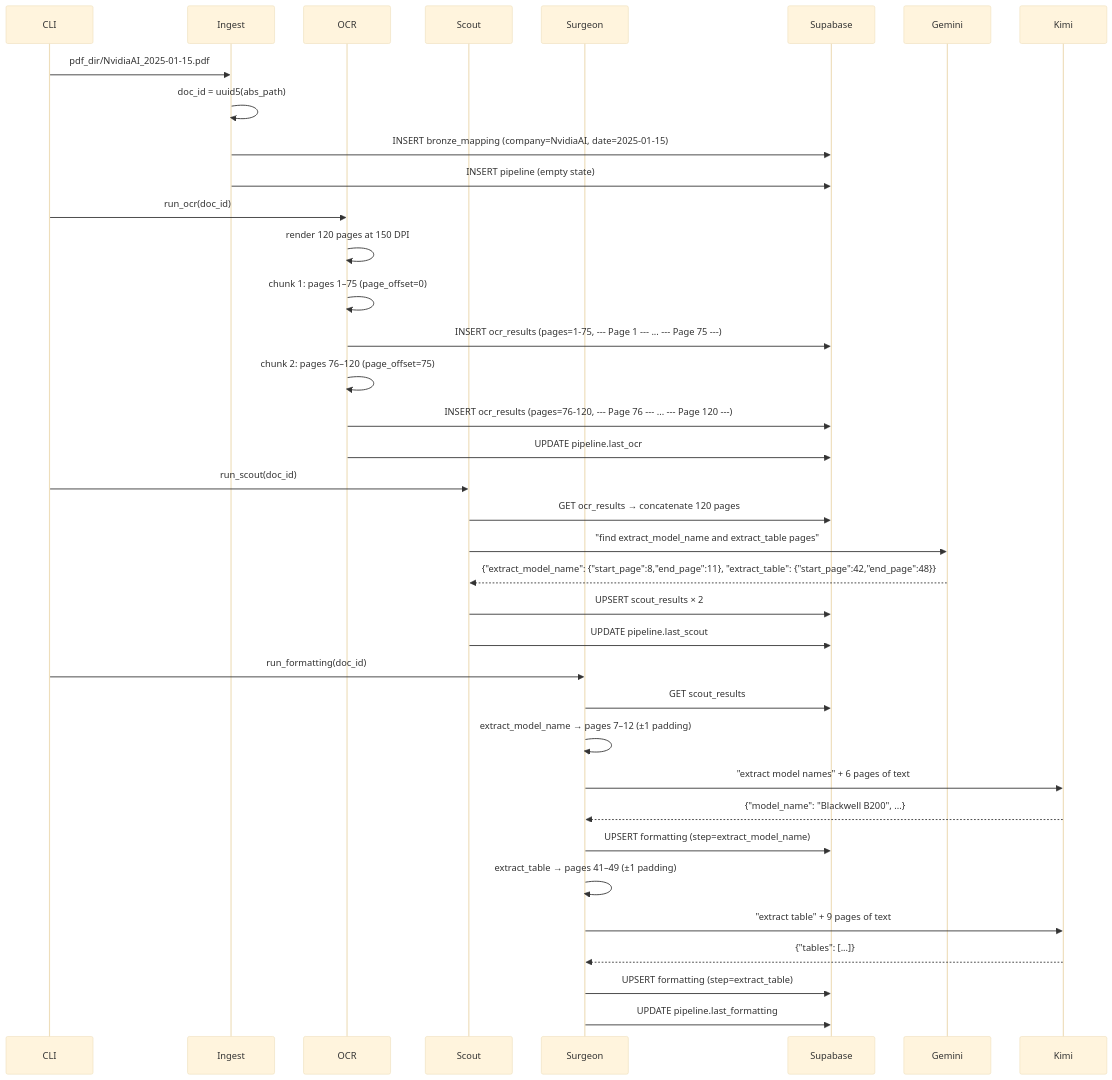
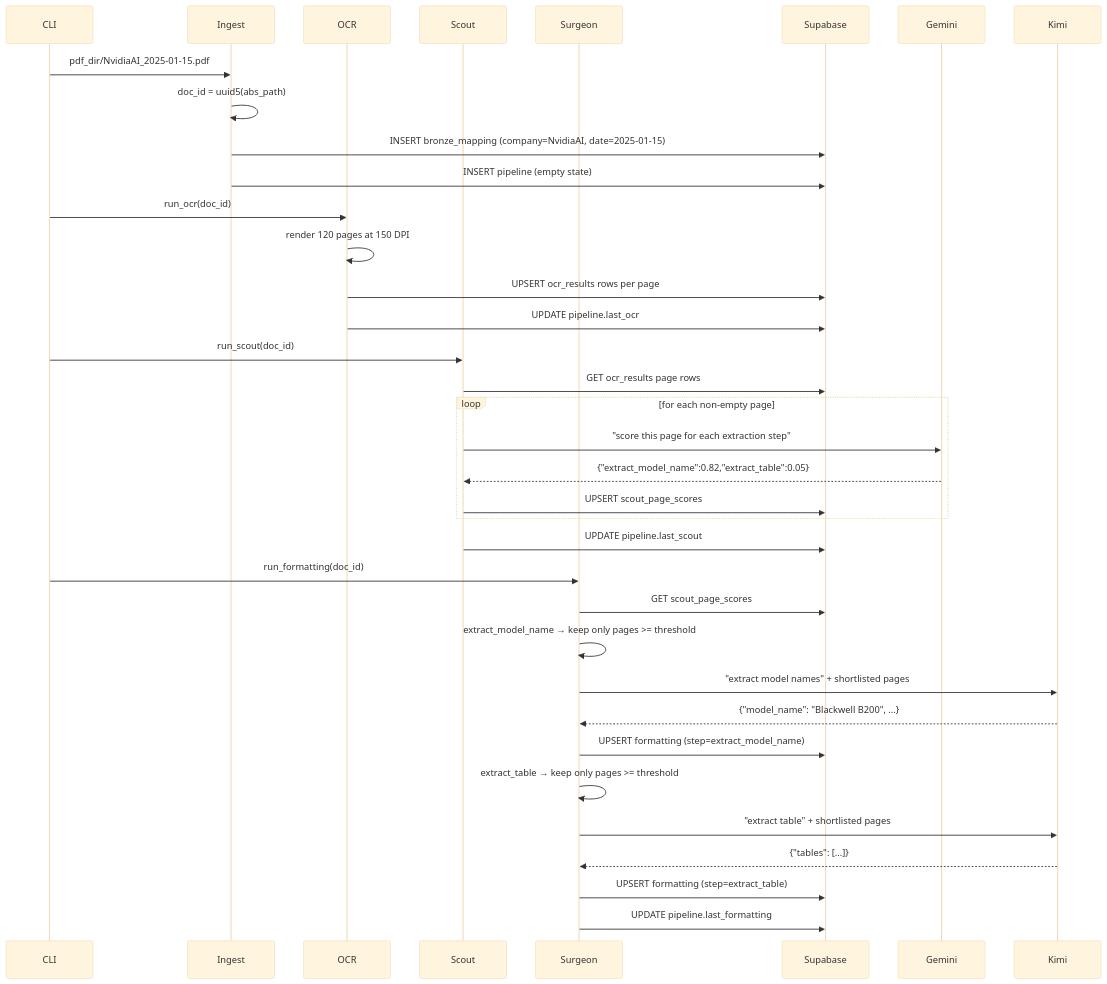
One commit to ArthurrMrv/research_ocr_pipeline changed the eighth of 8 diagrams in README.md. Above: the diagram before and after it, drawn with Mermaid (base theme). The commit also changed other lines of this file and 41 other files, not shown here.

````diff
--- a/README.md
+++ b/README.md
@@ -244,40 +238,39 @@
 ```mermaid
 sequenceDiagram
     participant CLI
     participant Ingest
     participant OCR
     participant Scout
     participant Surgeon
 
     CLI->>Ingest: pdf_dir/NvidiaAI_2025-01-15.pdf
     Ingest->>Ingest: doc_id = uuid5(abs_path)
     Ingest->>Supabase: INSERT bronze_mapping (company=NvidiaAI, date=2025-01-15)
     Ingest->>Supabase: INSERT pipeline (empty state)
 
     CLI->>OCR: run_ocr(doc_id)
     OCR->>OCR: render 120 pages at 150 DPI
-    OCR->>OCR: chunk 1: pages 1–75 (page_offset=0)
-    OCR->>Supabase: INSERT ocr_results (pages=1-75, --- Page 1 --- ... --- Page 75 ---)
-    OCR->>OCR: chunk 2: pages 76–120 (page_offset=75)
-    OCR->>Supabase: INSERT ocr_results (pages=76-120, --- Page 76 --- ... --- Page 120 ---)
+    OCR->>Supabase: UPSERT ocr_results rows per page
     OCR->>Supabase: UPDATE pipeline.last_ocr
 
     CLI->>Scout: run_scout(doc_id)
-    Scout->>Supabase: GET ocr_results → concatenate 120 pages
-    Scout->>Gemini: "find extract_model_name and extract_table pages"
-    Gemini-->>Scout: {"extract_model_name": {"start_page":8,"end_page":11}, "extract_table": {"start_page":42,"end_page":48}}
-    Scout->>Supabase: UPSERT scout_results × 2
+    Scout->>Supabase: GET ocr_results page rows
+    loop for each non-empty page
+        Scout->>Gemini: "score this page for each extraction step"
+        Gemini-->>Scout: {"extract_model_name":0.82,"extract_table":0.05}
+        Scout->>Supabase: UPSERT scout_page_scores
+    end
     Scout->>Supabase: UPDATE pipeline.last_scout
 
     CLI->>Surgeon: run_formatting(doc_id)
-    Surgeon->>Supabase: GET scout_results
-    Surgeon->>Surgeon: extract_model_name → pages 7–12 (±1 padding)
-    Surgeon->>Kimi: "extract model names" + 6 pages of text
+    Surgeon->>Supabase: GET scout_page_scores
+    Surgeon->>Surgeon: extract_model_name → keep only pages >= threshold
+    Surgeon->>Kimi: "extract model names" + shortlisted pages
     Kimi-->>Surgeon: {"model_name": "Blackwell B200", ...}
     Surgeon->>Supabase: UPSERT formatting (step=extract_model_name)
-    Surgeon->>Surgeon: extract_table → pages 41–49 (±1 padding)
-    Surgeon->>Kimi: "extract table" + 9 pages of text
+    Surgeon->>Surgeon: extract_table → keep only pages >= threshold
+    Surgeon->>Kimi: "extract table" + shortlisted pages
     Kimi-->>Surgeon: {"tables": [...]}
     Surgeon->>Supabase: UPSERT formatting (step=extract_table)
     Surgeon->>Supabase: UPDATE pipeline.last_formatting
 ```
````
